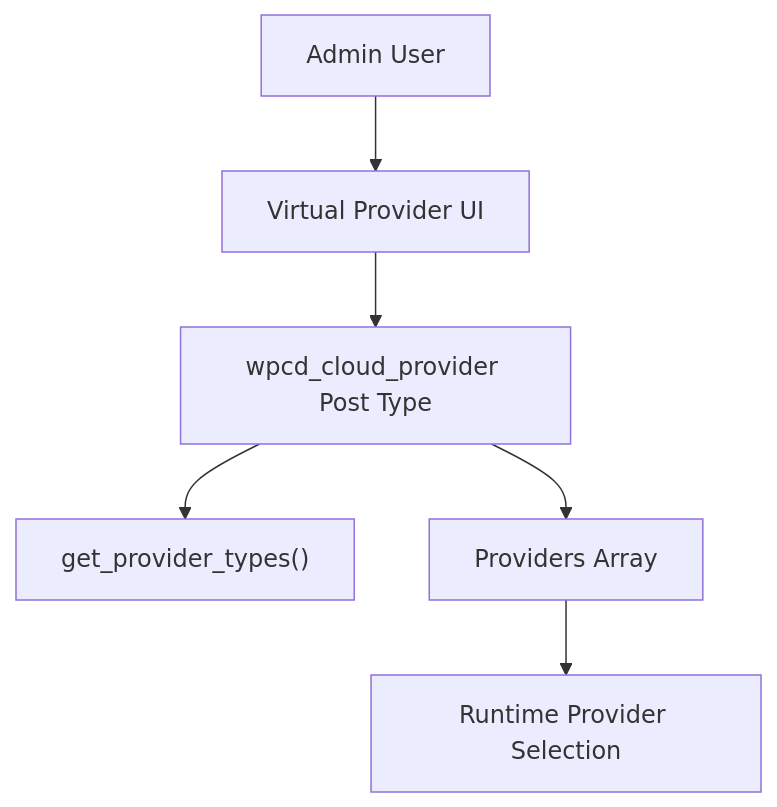
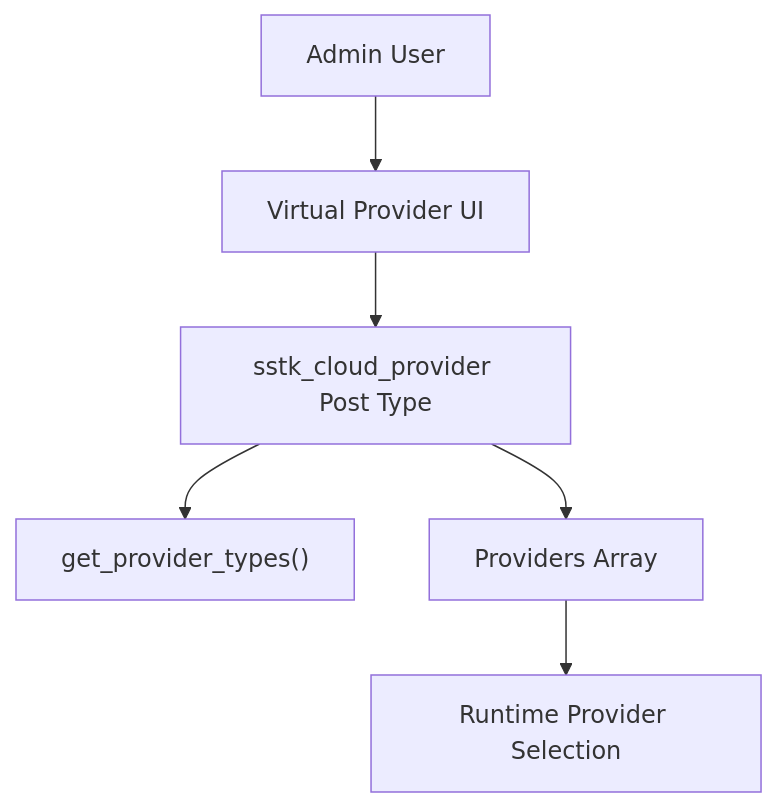
Before and after one commit to onedogsolutions/simple-stack: the fourth of 4 diagrams in .qoder/repowiki/en/content/Cloud Provider Integration/Extending Providers.md, drawn with Mermaid. The commit also changed other lines of this file and 5941 other files, not shown here.

````diff
--- a/.qoder/repowiki/en/content/Cloud Provider Integration/Extending Providers.md
+++ b/.qoder/repowiki/en/content/Cloud Provider Integration/Extending Providers.md
@@ -419,8 +340,8 @@
 ```mermaid
 flowchart TD
 Admin["Admin User"] --> VirtualProviderUI["Virtual Provider UI"]
-VirtualProviderUI --> PostType["wpcd_cloud_provider Post Type"]
+VirtualProviderUI --> PostType["sstk_cloud_provider Post Type"]
 PostType --> ProviderTypes["get_provider_types()"]
 PostType --> ProvidersArray["Providers Array"]
 ProvidersArray --> Runtime["Runtime Provider Selection"]
 ```
````
